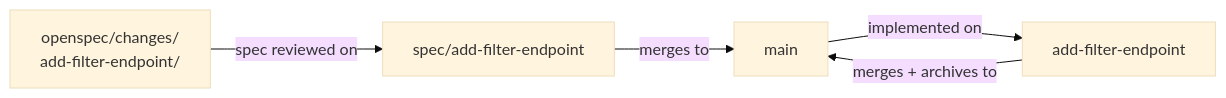
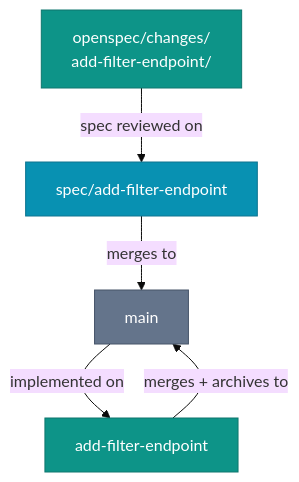
One commit to intent-engineering-for-coding-agents/book changed the diagram in content/team/trunk-based-development.md. Above: the diagram before and after it, drawn with Mermaid (base theme). The commit also changed 6 other files, not shown here.

First line of the commit message:
Add Mermaid diagrams across six chapters, restyle trunk diagram

````diff
--- a/content/team/trunk-based-development.md
+++ b/content/team/trunk-based-development.md
@@ -11,7 +11,11 @@
 ```mermaid
-graph LR
-  CF["openspec/changes/<br/>add-filter-endpoint/"] -- "spec reviewed on" --> SB["spec/add-filter-endpoint"]
-  SB -- "merges to" --> TRUNK["main"]
-  TRUNK -- "implemented on" --> BR["add-filter-endpoint"]
-  BR -- "merges + archives to" --> TRUNK
+graph TD
+    classDef intent fill:#0d9488,stroke:#0f766e,color:#fff
+    classDef spec fill:#0891b2,stroke:#0e7490,color:#fff
+    classDef trunk fill:#64748b,stroke:#475569,color:#fff
+
+    CF["openspec/changes/<br/>add-filter-endpoint/"]:::intent -- "spec reviewed on" --> SB["spec/add-filter-endpoint"]:::spec
+    SB -- "merges to" --> TRUNK["main"]:::trunk
+    TRUNK -- "implemented on" --> BR["add-filter-endpoint"]:::intent
+    BR -- "merges + archives to" --> TRUNK
 ```
````
